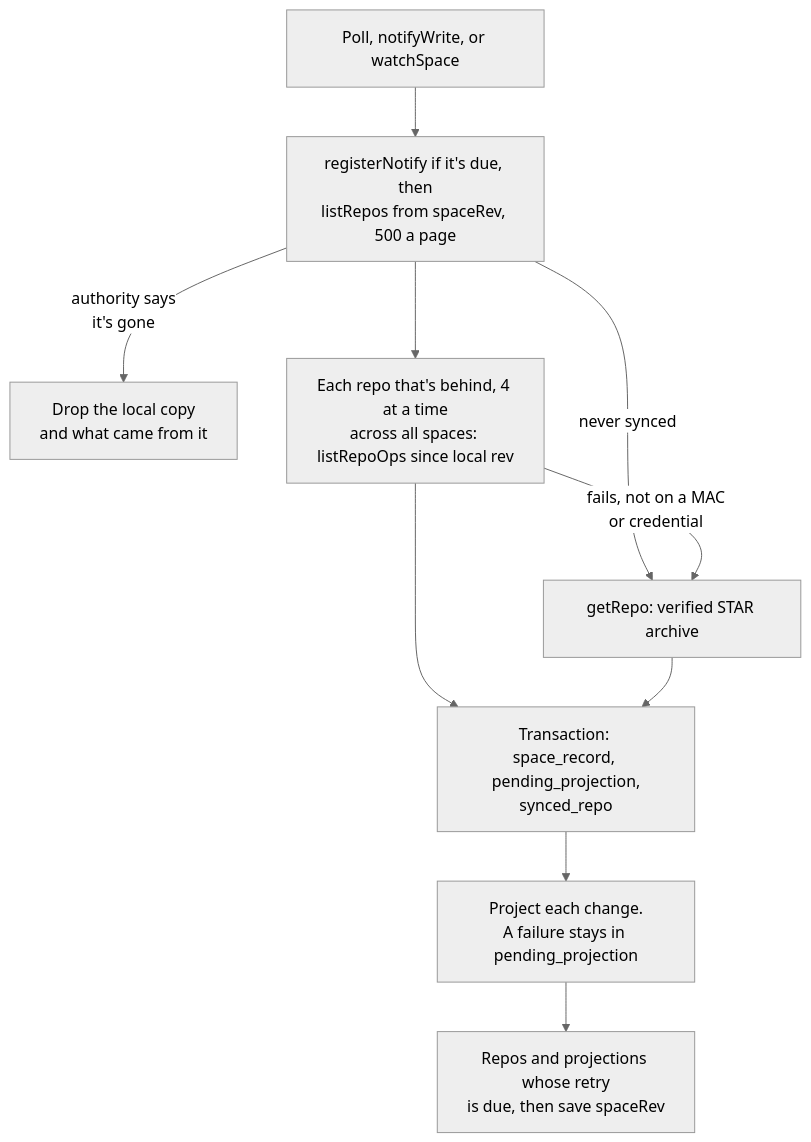
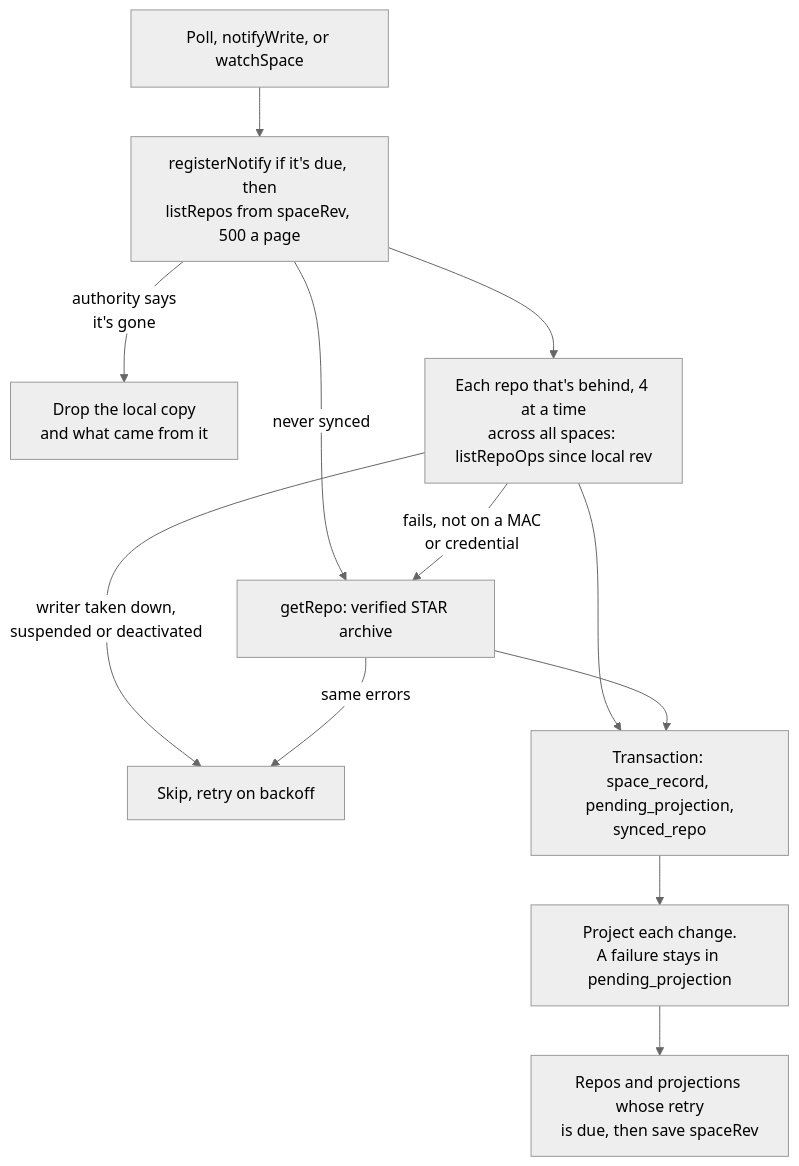
Before and after one commit to cutenode/localnetwork: the fourth of 8 diagrams in apps/web/docs/diagrams/spaces.md, drawn with Mermaid (neutral theme). The commit also changed other lines of this file and 8 other files, not shown here.

First line of the commit message:
docs(web): bring the diagrams in line with the code

````diff
--- a/apps/web/docs/diagrams/spaces.md
+++ b/apps/web/docs/diagrams/spaces.md
@@ -89,12 +89,14 @@
 ```mermaid
 flowchart TD
   Trigger["Poll, notifyWrite, or watchSpace"] --> List["registerNotify if it's due, then<br/>listRepos from spaceRev, 500 a page"]
   List -- "authority says<br/>it's gone" --> Drop["Drop the local copy<br/>and what came from it"]
   List --> Ops["Each repo that's behind, 4 at a time<br/>across all spaces: listRepoOps since local rev"]
   List -- "never synced" --> Star["getRepo: verified STAR archive"]
   Ops -- "fails, not on a MAC<br/>or credential" --> Star
+  Ops -- "writer taken down,<br/>suspended or deactivated" --> Skip["Skip, retry on backoff"]
+  Star -- "same errors" --> Skip
   Ops --> Apply["Transaction: space_record, pending_projection,<br/>synced_repo"]
   Star --> Apply
   Apply --> Project["Project each change.<br/>A failure stays in pending_projection"]
   Project --> Due["Repos and projections whose retry<br/>is due, then save spaceRev"]
 ```
````
